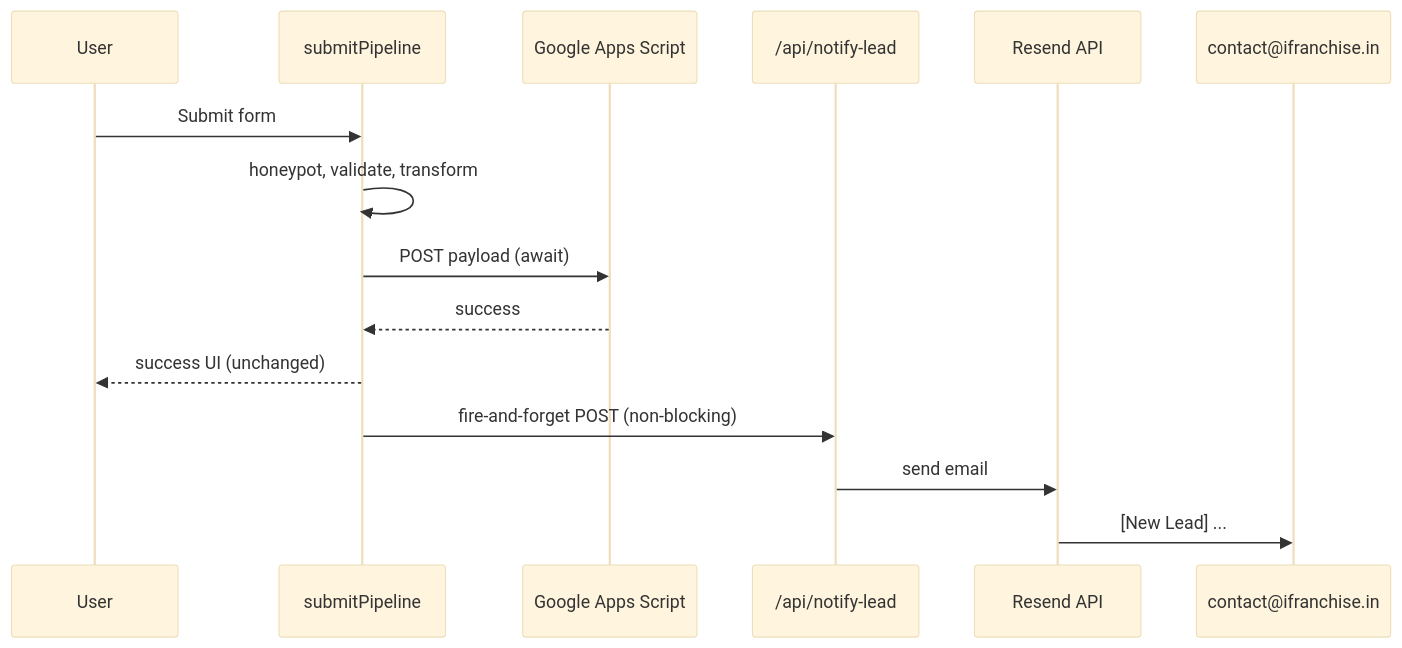
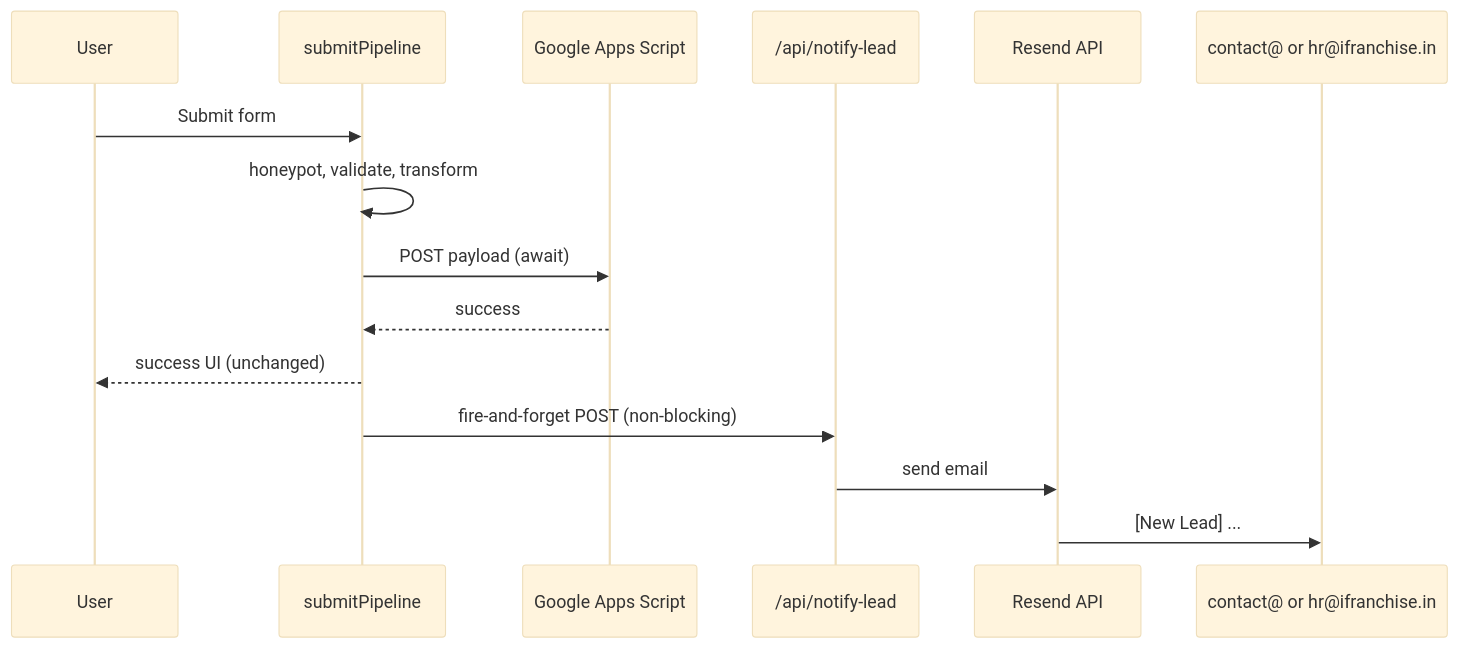
Before and after one commit to sumanth-com/iFranchise: the diagram in docs/LEAD_NOTIFICATIONS.md, drawn with Mermaid (base theme). The commit also changed other lines of this file and 19 other files, not shown here.

````diff
--- a/docs/LEAD_NOTIFICATIONS.md
+++ b/docs/LEAD_NOTIFICATIONS.md
@@ -7,18 +7,18 @@
 ```mermaid
 sequenceDiagram
   participant User
   participant Pipeline as submitPipeline
   participant Sheets as Google Apps Script
   participant Notify as /api/notify-lead
   participant Resend as Resend API
-  participant Inbox as contact@ifranchise.in
+  participant Inbox as contact@ or hr@ifranchise.in
 
   User->>Pipeline: Submit form
   Pipeline->>Pipeline: honeypot, validate, transform
   Pipeline->>Sheets: POST payload (await)
   Sheets-->>Pipeline: success
   Pipeline-->>User: success UI (unchanged)
   Pipeline->>Notify: fire-and-forget POST (non-blocking)
   Notify->>Resend: send email
   Resend->>Inbox: [New Lead] ...
 ```
````
